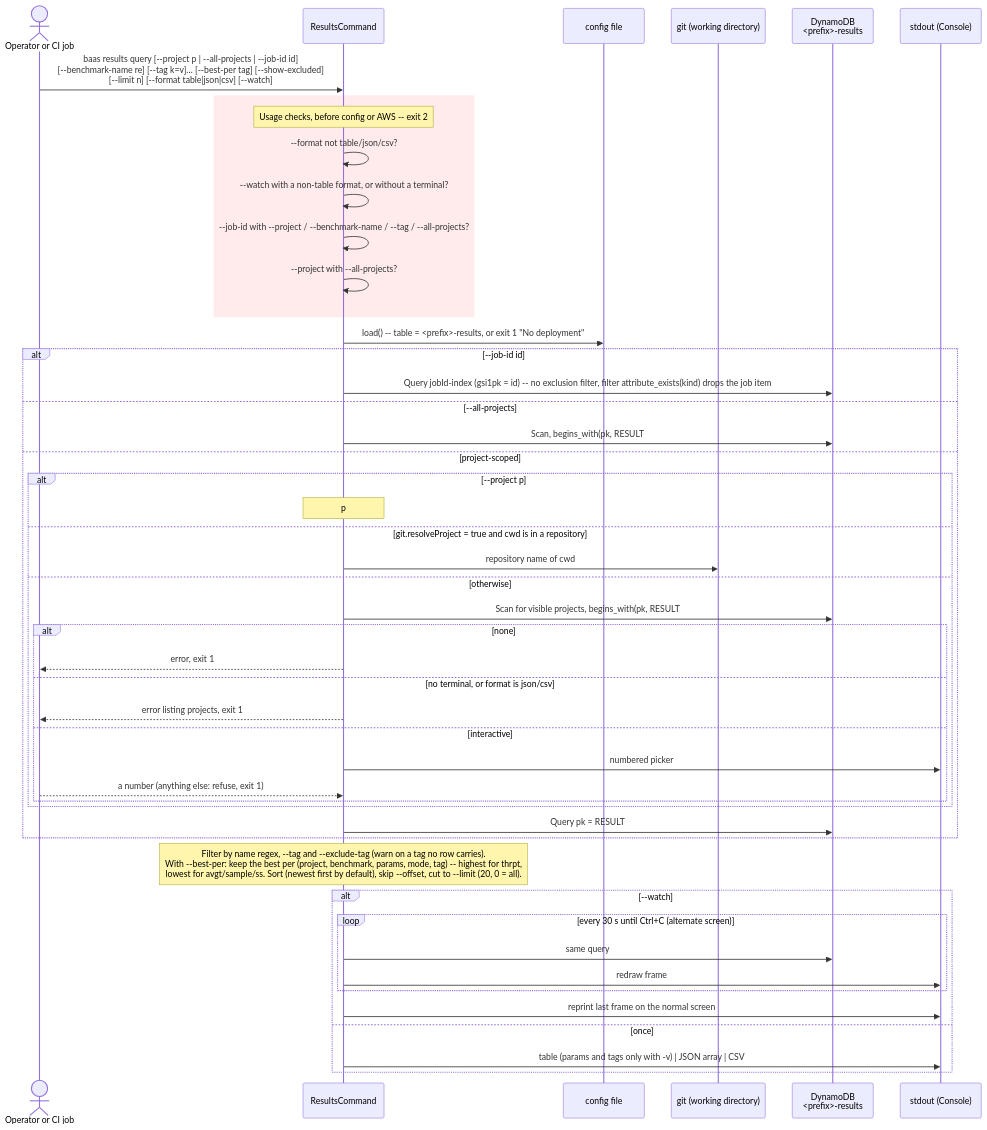
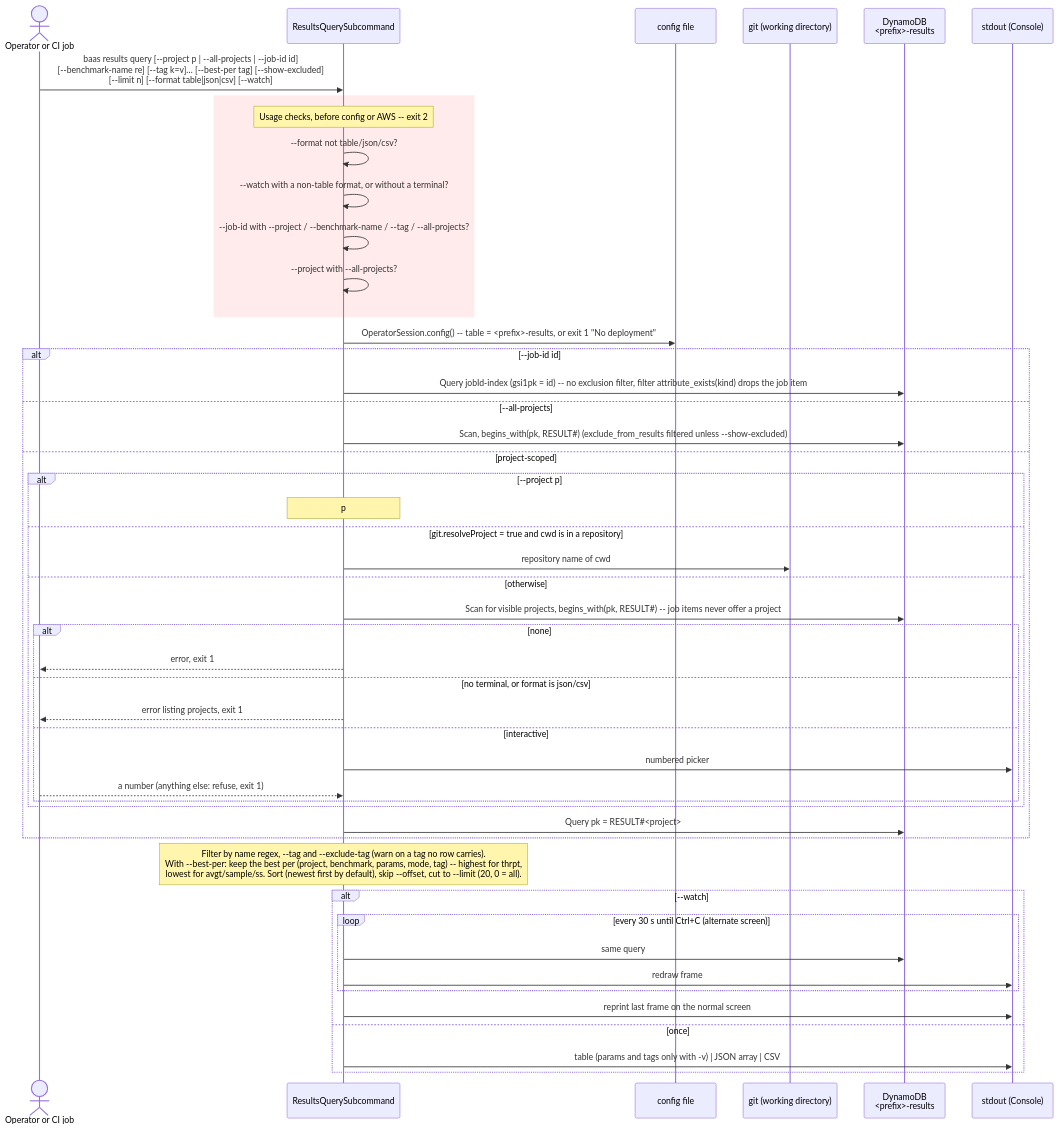
Before and after one commit to wsztajerowski/benchmark-as-a-service: the diagram in docs/diagrams/baas-results.mmd, drawn with Mermaid. The commit also changed 11 other files, not shown here.

First line of the commit message:
docs: redraw the diagrams from the refactored code and re-check every finding

```diff
--- a/docs/diagrams/baas-results.mmd
+++ b/docs/diagrams/baas-results.mmd
@@ -1,53 +1,53 @@
 sequenceDiagram
     actor User as Operator or CI job
-    participant RC as ResultsCommand
+    participant RC as ResultsQuerySubcommand
     participant CFG as config file
     participant Git as git (working directory)
     participant DDB as DynamoDB<br/><prefix>-results
     participant Out as stdout (Console)
 
     User->>RC: baas results query [--project p | --all-projects | --job-id id]<br/>[--benchmark-name re] [--tag k=v]… [--best-per tag] [--show-excluded]<br/>[--limit n] [--format table|json|csv] [--watch]
 
     rect rgb(255, 235, 235)
         Note over RC: Usage checks, before config or AWS -- exit 2
         RC->>RC: --format not table/json/csv?
         RC->>RC: --watch with a non-table format, or without a terminal?
         RC->>RC: --job-id with --project / --benchmark-name / --tag / --all-projects?
         RC->>RC: --project with --all-projects?
     end
 
-    RC->>CFG: load() -- table = <prefix>-results, or exit 1 "No deployment"
+    RC->>CFG: OperatorSession.config() -- table = <prefix>-results, or exit 1 "No deployment"
 
     alt --job-id id
         RC->>DDB: Query jobId-index (gsi1pk = id) -- no exclusion filter, filter attribute_exists(kind) drops the job item
     else --all-projects
-        RC->>DDB: Scan, begins_with(pk, RESULT#) (exclude_from_results filtered unless --show-excluded)
+        RC->>DDB: Scan, begins_with(pk, RESULT#35;) (exclude_from_results filtered unless --show-excluded)
     else project-scoped
         alt --project p
             Note over RC: p
         else git.resolveProject = true and cwd is in a repository
             RC->>Git: repository name of cwd
         else otherwise
-            RC->>DDB: Scan for visible projects, begins_with(pk, RESULT#) -- job items never offer a project
+            RC->>DDB: Scan for visible projects, begins_with(pk, RESULT#35;) -- job items never offer a project
             alt none
                 RC-->>User: error, exit 1
             else no terminal, or format is json/csv
                 RC-->>User: error listing projects, exit 1
             else interactive
                 RC->>Out: numbered picker
                 User-->>RC: a number (anything else: refuse, exit 1)
             end
         end
-        RC->>DDB: Query pk = RESULT#<project>
+        RC->>DDB: Query pk = RESULT#35;<project>
     end
 
     Note over RC: Filter by name regex, --tag and --exclude-tag (warn on a tag no row carries).<br/>With --best-per: keep the best per (project, benchmark, params, mode, tag) -- highest for thrpt,<br/>lowest for avgt/sample/ss. Sort (newest first by default), skip --offset, cut to --limit (20, 0 = all).
     alt --watch
         loop every 30 s until Ctrl+C (alternate screen)
             RC->>DDB: same query
             RC->>Out: redraw frame
         end
         RC->>Out: reprint last frame on the normal screen
     else once
         RC->>Out: table (params and tags only with -v) | JSON array | CSV
     end
```
